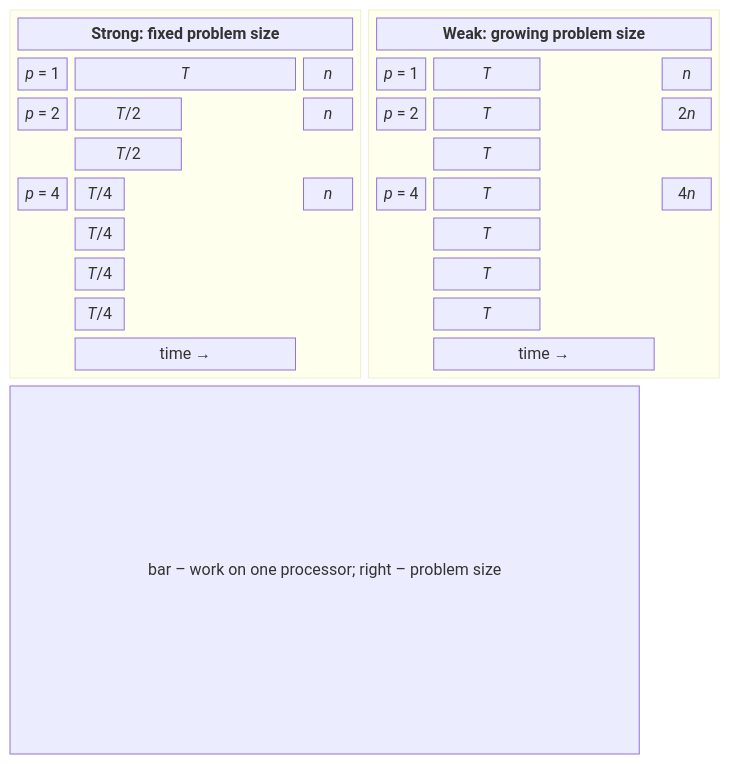
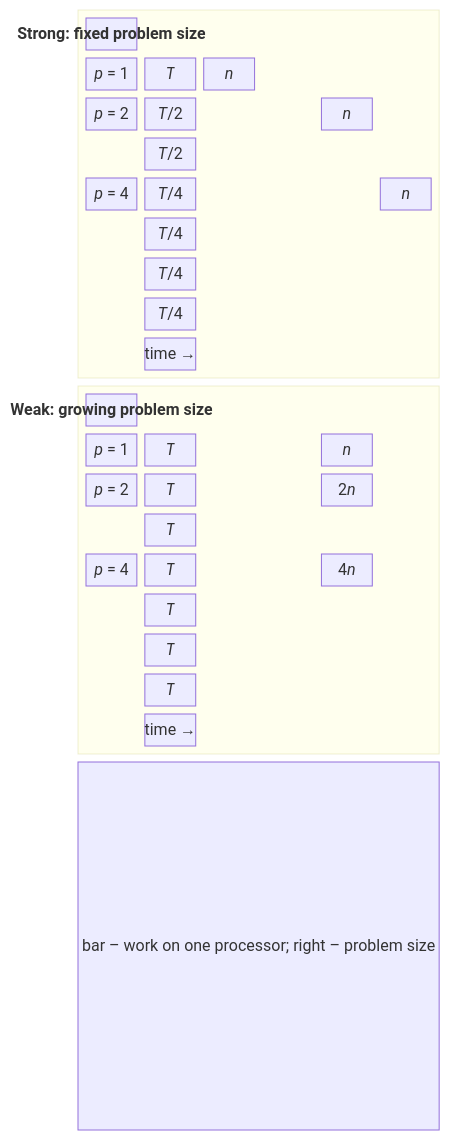
The second of 2 diagrams in src/courses/parallel/01-intro/models-laws.md (musicvano/Blog), drawn with Mermaid before and after one commit. The commit also changed other lines of this file and 583 other files, not shown here.

````diff
--- a/src/courses/parallel/01-intro/models-laws.md
+++ b/src/courses/parallel/01-intro/models-laws.md
@@ -74,29 +74,29 @@
 ```mermaid
 block-beta
-  columns 2
+  columns 1
   block:S
     columns 6
     ST["<b>Strong: fixed problem size</b>"]:6
     s1l["<i>p</i> = 1"] s1a["<i>T</i>"]:4 s1w["<i>n</i>"]
     s2l["<i>p</i> = 2"] s2a["<i>T</i>/2"]:2 space:2 s2w["<i>n</i>"]
     space s2b["<i>T</i>/2"]:2 space:3
     s4l["<i>p</i> = 4"] s4a["<i>T</i>/4"] space:3 s4w["<i>n</i>"]
     space s4b["<i>T</i>/4"] space:4
     space s4c["<i>T</i>/4"] space:4
     space s4d["<i>T</i>/4"] space:4
     space sT["time →"]:4 space
   end
   block:W
     columns 6
     WT["<b>Weak: growing problem size</b>"]:6
     w1l["<i>p</i> = 1"] w1a["<i>T</i>"]:2 space:2 w1w["<i>n</i>"]
     w2l["<i>p</i> = 2"] w2a["<i>T</i>"]:2 space:2 w2w["2<i>n</i>"]
     space w2b["<i>T</i>"]:2 space:3
     w4l["<i>p</i> = 4"] w4a["<i>T</i>"]:2 space:2 w4w["4<i>n</i>"]
     space w4b["<i>T</i>"]:2 space:3
     space w4c["<i>T</i>"]:2 space:3
     space w4d["<i>T</i>"]:2 space:3
     space wT["time →"]:4 space
   end
-  L["bar – work on one processor; right – problem size"]:2
+  L["bar – work on one processor; right – problem size"]
 ```
````
